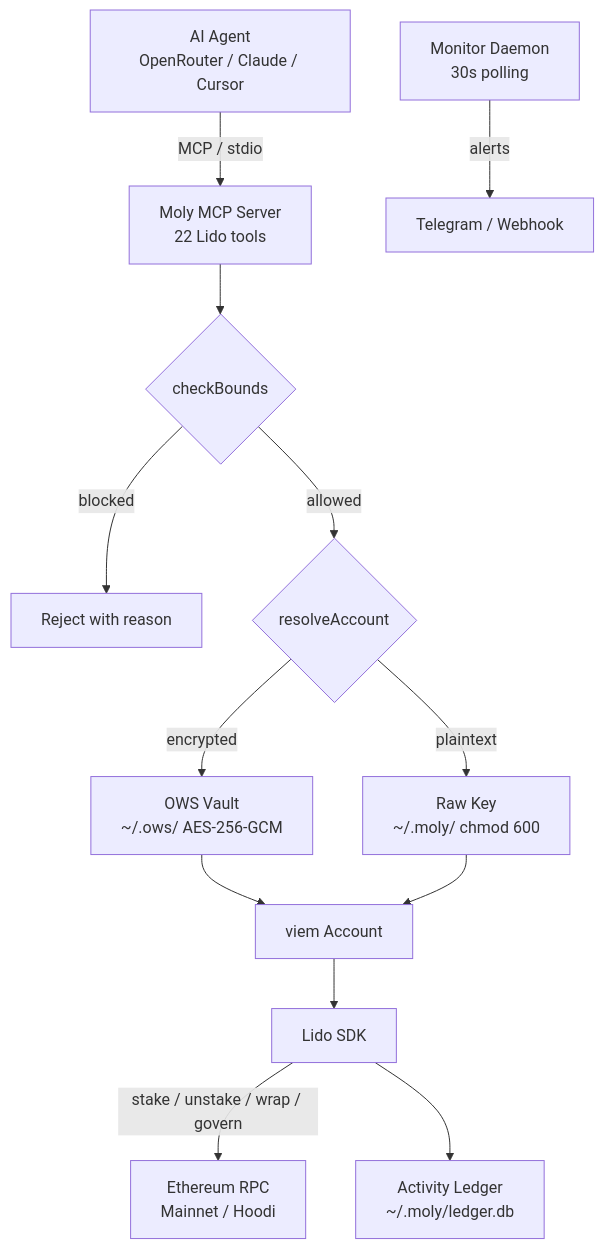
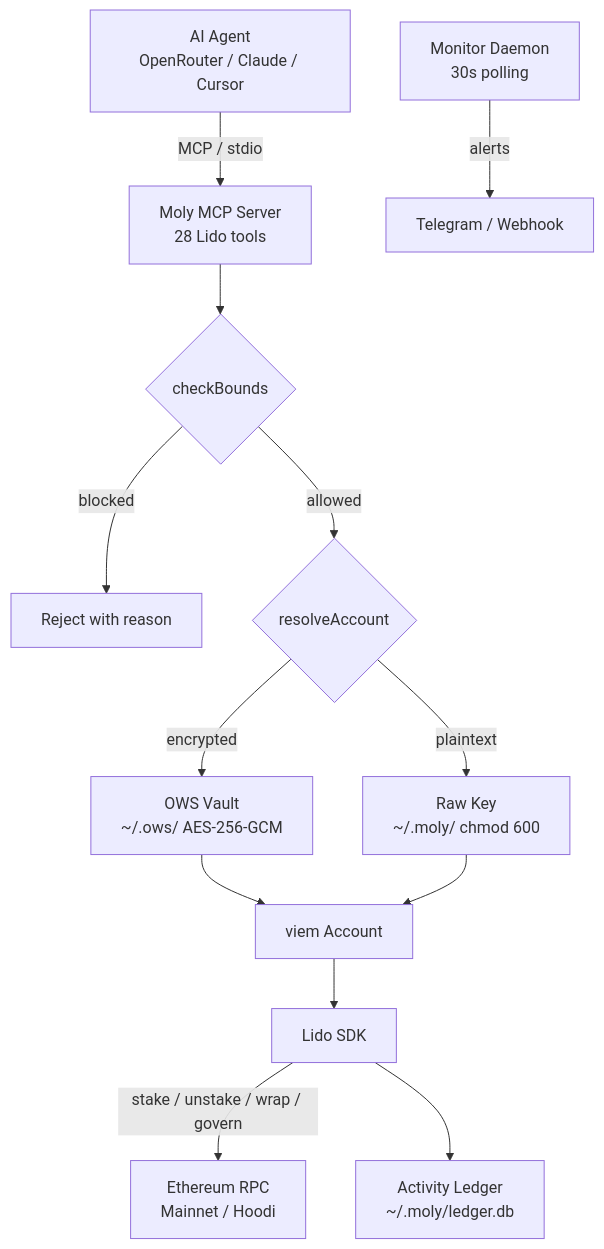
One commit to daiwikmh/moly changed the diagram in README.md. Above: the diagram before and after it, drawn with Mermaid. The commit also changed other lines of this file and 6 other files, not shown here.

````diff
--- a/README.md
+++ b/README.md
@@ -253,15 +262,15 @@
 ```mermaid
 flowchart TD
-    A[AI Agent\nOpenRouter / Claude / Cursor] -->|MCP / stdio| B[Moly MCP Server\n22 Lido tools]
+    A[AI Agent\nOpenRouter / Claude / Cursor] -->|MCP / stdio| B[Moly MCP Server\n28 Lido tools]
     B --> BA{checkBounds}
     BA -->|blocked| BB[Reject with reason]
     BA -->|allowed| C{resolveAccount}
     C -->|encrypted| D[OWS Vault\n~/.ows/ AES-256-GCM]
     C -->|plaintext| E[Raw Key\n~/.moly/ chmod 600]
     D --> F[viem Account]
     E --> F
     F --> G[Lido SDK]
     G -->|stake / unstake / wrap / govern| H[Ethereum RPC\nMainnet / Hoodi]
     G --> I[Activity Ledger\n~/.moly/ledger.db]
     J[Monitor Daemon\n30s polling] -->|alerts| K[Telegram / Webhook]
 ```
````
